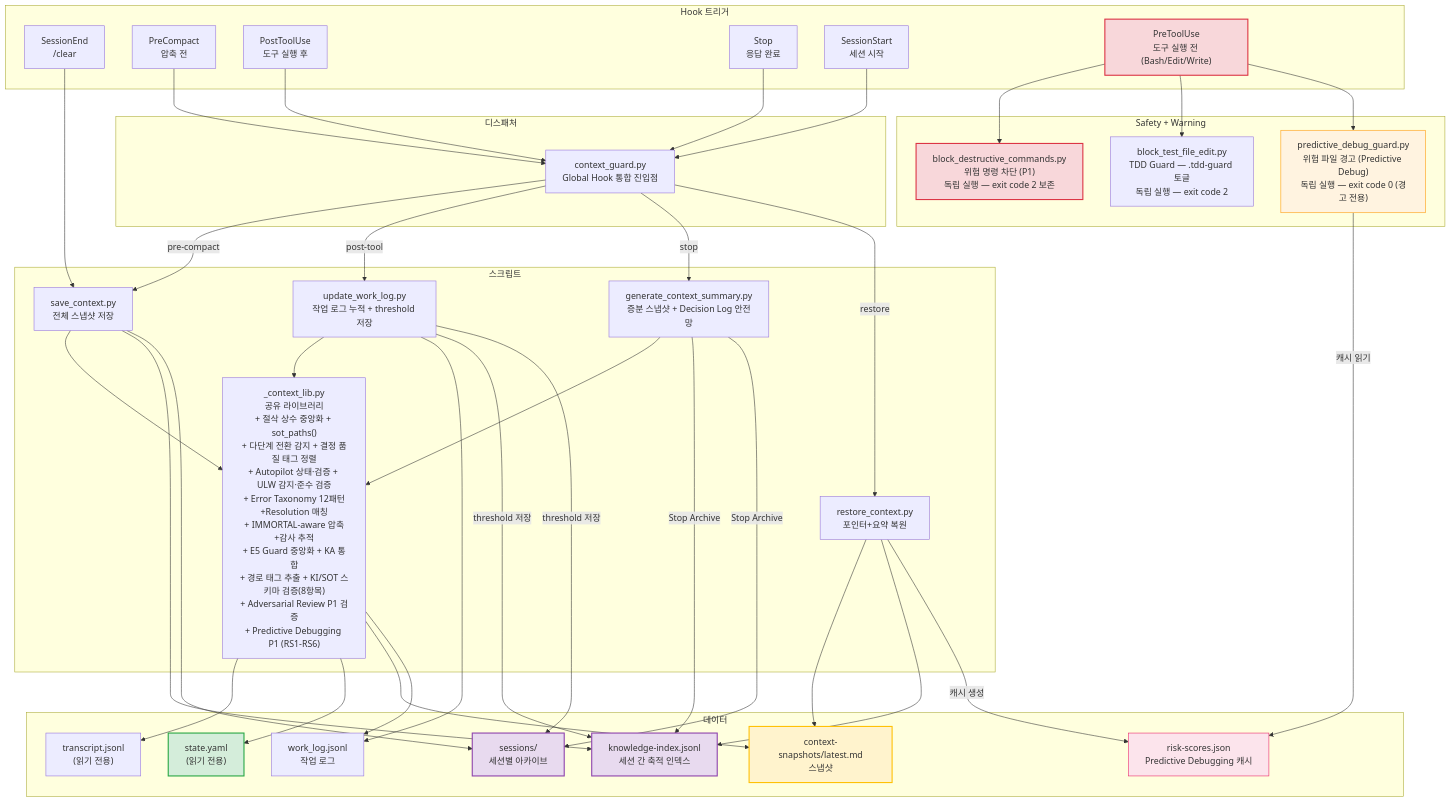
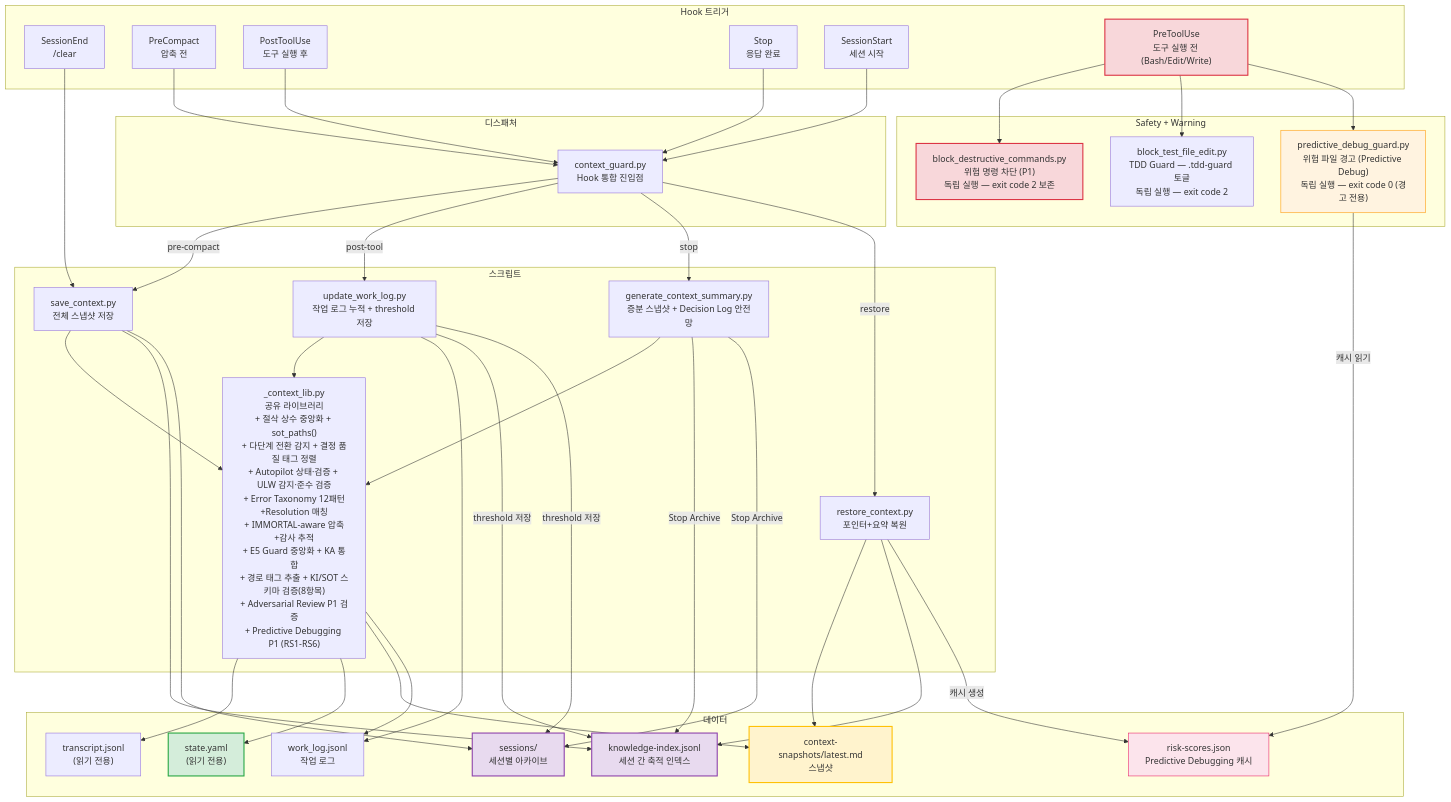
Before and after one commit to oogisoogi/AgenticWorkflow: the seventh of 14 diagrams in AGENTICWORKFLOW-ARCHITECTURE-AND-PHILOSOPHY.md, drawn with Mermaid. The commit also changed other lines of this file and 10 other files, not shown here.

First line of the commit message:
feat: Hook 설정 Global → Project 통합 — zero-config 온보딩

````diff
--- a/AGENTICWORKFLOW-ARCHITECTURE-AND-PHILOSOPHY.md
+++ b/AGENTICWORKFLOW-ARCHITECTURE-AND-PHILOSOPHY.md
@@ -681,81 +681,81 @@
 ```mermaid
 graph TB
     subgraph "Hook 트리거"
         SE["SessionEnd<br/>/clear"]
         PC["PreCompact<br/>압축 전"]
         PTU["PostToolUse<br/>도구 실행 후"]
         ST["Stop<br/>응답 완료"]
         SS["SessionStart<br/>세션 시작"]
         PRTU["PreToolUse<br/>도구 실행 전 (Bash/Edit/Write)"]
     end
 
     subgraph "디스패처"
-        CG["context_guard.py<br/>Global Hook 통합 진입점"]
+        CG["context_guard.py<br/>Hook 통합 진입점"]
     end
 
     subgraph "Safety + Warning"
         BDC["block_destructive_commands.py<br/>위험 명령 차단 (P1)<br/>독립 실행 — exit code 2 보존"]
         BTFE["block_test_file_edit.py<br/>TDD Guard — .tdd-guard 토글<br/>독립 실행 — exit code 2"]
         PDG["predictive_debug_guard.py<br/>위험 파일 경고 (Predictive Debug)<br/>독립 실행 — exit code 0 (경고 전용)"]
     end
 
     subgraph "스크립트"
         SAVE["save_context.py<br/>전체 스냅샷 저장"]
         UWL["update_work_log.py<br/>작업 로그 누적 + threshold 저장"]
         GCS["generate_context_summary.py<br/>증분 스냅샷 + Decision Log 안전망"]
         REST["restore_context.py<br/>포인터+요약 복원"]
         LIB["_context_lib.py<br/>공유 라이브러리<br/>+ 절삭 상수 중앙화 + sot_paths()<br/>+ 다단계 전환 감지 + 결정 품질 태그 정렬<br/>+ Autopilot 상태·검증 + ULW 감지·준수 검증<br/>+ Error Taxonomy 12패턴+Resolution 매칭<br/>+ IMMORTAL-aware 압축+감사 추적<br/>+ E5 Guard 중앙화 + KA 통합<br/>+ 경로 태그 추출 + KI/SOT 스키마 검증(8항목)<br/>+ Adversarial Review P1 검증<br/>+ Predictive Debugging P1 (RS1-RS6)"]
     end
 
     subgraph "데이터"
         SNAP["context-snapshots/latest.md<br/>스냅샷"]
         WLOG["work_log.jsonl<br/>작업 로그"]
         KI["knowledge-index.jsonl<br/>세션 간 축적 인덱스"]
         SESS["sessions/<br/>세션별 아카이브"]
         TRANS["transcript.jsonl<br/>(읽기 전용)"]
         SOT2["state.yaml<br/>(읽기 전용)"]
         RISK["risk-scores.json<br/>Predictive Debugging 캐시"]
     end
 
     SE --> SAVE
     PC --> CG
     PTU --> CG
     ST --> CG
     SS --> CG
     PRTU --> BDC
     PRTU --> BTFE
     PRTU --> PDG
     CG -->|pre-compact| SAVE
     CG -->|post-tool| UWL
     CG -->|stop| GCS
     CG -->|restore| REST
 
     SAVE --> LIB
     UWL --> LIB
     GCS --> LIB
 
     LIB --> TRANS
     LIB --> SOT2
     LIB --> SNAP
     UWL --> WLOG
     LIB --> WLOG
     SAVE --> KI
     SAVE --> SESS
     GCS -->|"Stop Archive"| KI
     GCS -->|"Stop Archive"| SESS
     UWL -->|"threshold 저장"| KI
     UWL -->|"threshold 저장"| SESS
     REST --> SNAP
     REST --> KI
     REST -->|"캐시 생성"| RISK
     PDG -->|"캐시 읽기"| RISK
 
     style SOT2 fill:#d4edda,stroke:#28a745,stroke-width:2px
     style SNAP fill:#fff3cd,stroke:#ffc107,stroke-width:2px
     style KI fill:#e8daef,stroke:#8e44ad,stroke-width:2px
     style SESS fill:#e8daef,stroke:#8e44ad,stroke-width:2px
     style RISK fill:#fce4ec,stroke:#e91e63,stroke-width:1px
     style PDG fill:#fff3e0,stroke:#ff9800,stroke-width:1px
     style BDC fill:#f8d7da,stroke:#dc3545,stroke-width:2px
     style PRTU fill:#f8d7da,stroke:#dc3545,stroke-width:2px
 ```
````
